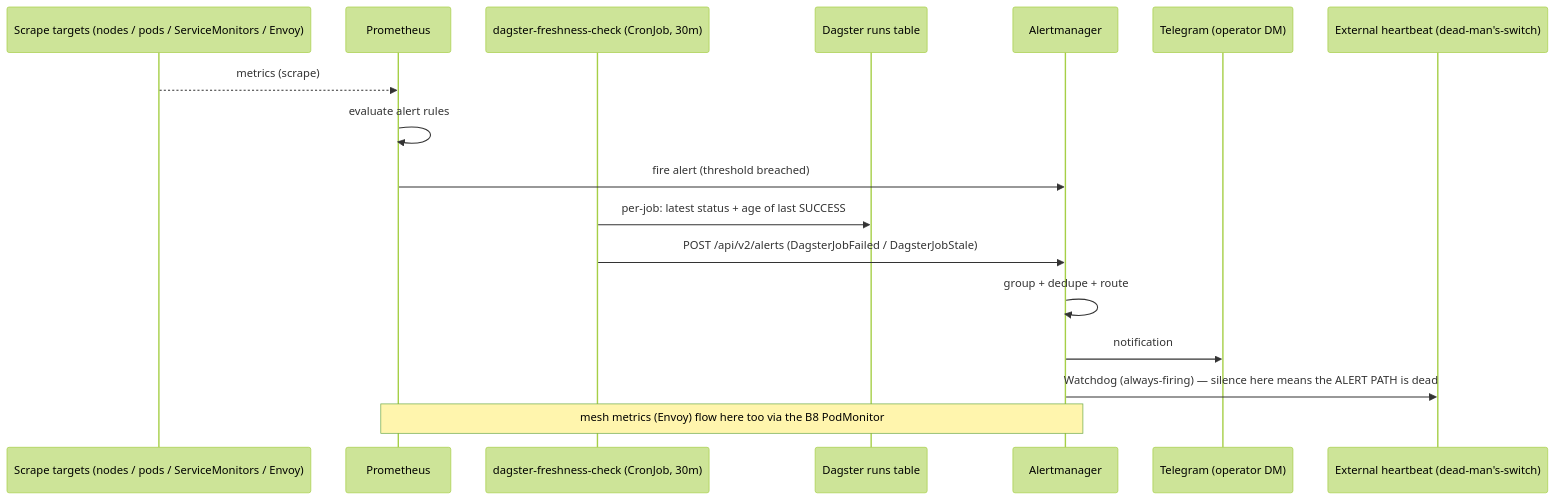
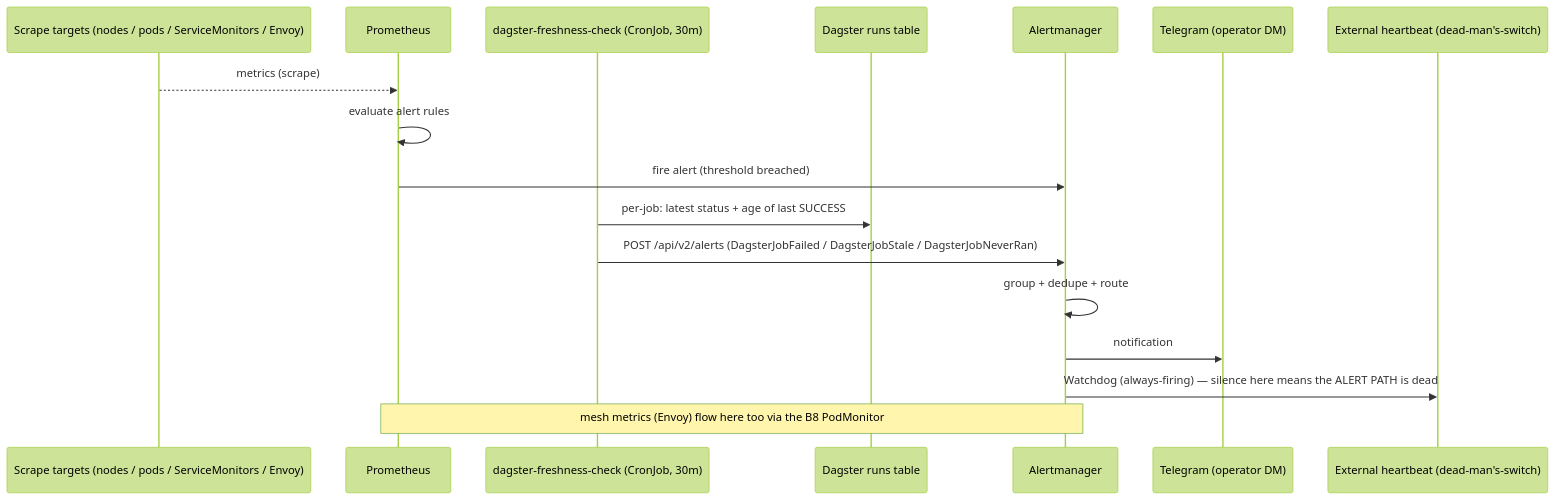
Before and after one commit to edtbl76/weyland-lab: the diagram in docs/diagrams/flow-alerting.md, drawn with Mermaid (forest theme). The commit also changed other lines of this file and 10 other files, not shown here.

````diff
--- a/docs/diagrams/flow-alerting.md
+++ b/docs/diagrams/flow-alerting.md
@@ -6,19 +6,19 @@
 ```mermaid
 sequenceDiagram
     participant Tgt as Scrape targets (nodes / pods / ServiceMonitors / Envoy)
     participant Pr as Prometheus
     participant WD as dagster-freshness-check (CronJob, 30m)
     participant PGD as Dagster runs table
     participant AM as Alertmanager
     participant Tg as Telegram (operator DM)
     participant HC as External heartbeat (dead-man's-switch)
     Tgt-->>Pr: metrics (scrape)
     Pr->>Pr: evaluate alert rules
     Pr->>AM: fire alert (threshold breached)
     WD->>PGD: per-job: latest status + age of last SUCCESS
-    WD->>AM: POST /api/v2/alerts (DagsterJobFailed / DagsterJobStale)
+    WD->>AM: POST /api/v2/alerts (DagsterJobFailed / DagsterJobStale / DagsterJobNeverRan)
     AM->>AM: group + dedupe + route
     AM->>Tg: notification
     AM->>HC: Watchdog (always-firing) — silence here means the ALERT PATH is dead
     Note over Pr,AM: mesh metrics (Envoy) flow here too via the B8 PodMonitor
 ```
````
